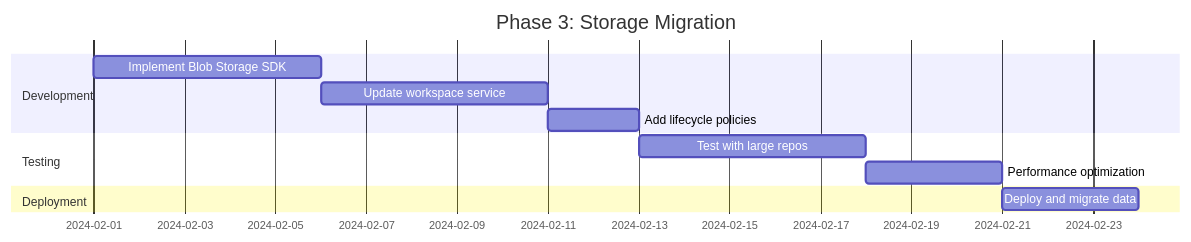
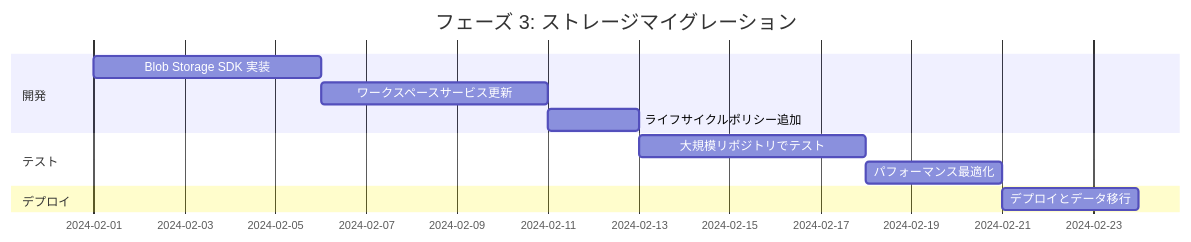
Before and after one commit to hampen2929/zloth: diagram 15 of 16 in docs/azure_host_design.md, drawn with Mermaid. The commit also changed other lines of this file, not shown here.

````diff
--- a/docs/azure_host_design.md
+++ b/docs/azure_host_design.md
@@ -675,14 +1010,14 @@
 ```mermaid
 gantt
-    title Phase 3: Storage Migration
+    title フェーズ 3: ストレージマイグレーション
     dateFormat  YYYY-MM-DD
-    section Development
-    Implement Blob Storage SDK  :d1, 2024-02-01, 5d
-    Update workspace service    :d2, after d1, 5d
-    Add lifecycle policies      :d3, after d2, 2d
-    section Testing
-    Test with large repos       :t1, after d3, 5d
-    Performance optimization    :t2, after t1, 3d
-    section Deployment
-    Deploy and migrate data     :dep1, after t2, 3d
+    section 開発
+    Blob Storage SDK 実装         :d1, 2024-02-01, 5d
+    ワークスペースサービス更新     :d2, after d1, 5d
+    ライフサイクルポリシー追加     :d3, after d2, 2d
+    section テスト
+    大規模リポジトリでテスト       :t1, after d3, 5d
+    パフォーマンス最適化          :t2, after t1, 3d
+    section デプロイ
+    デプロイとデータ移行           :dep1, after t2, 3d
 ```
````
